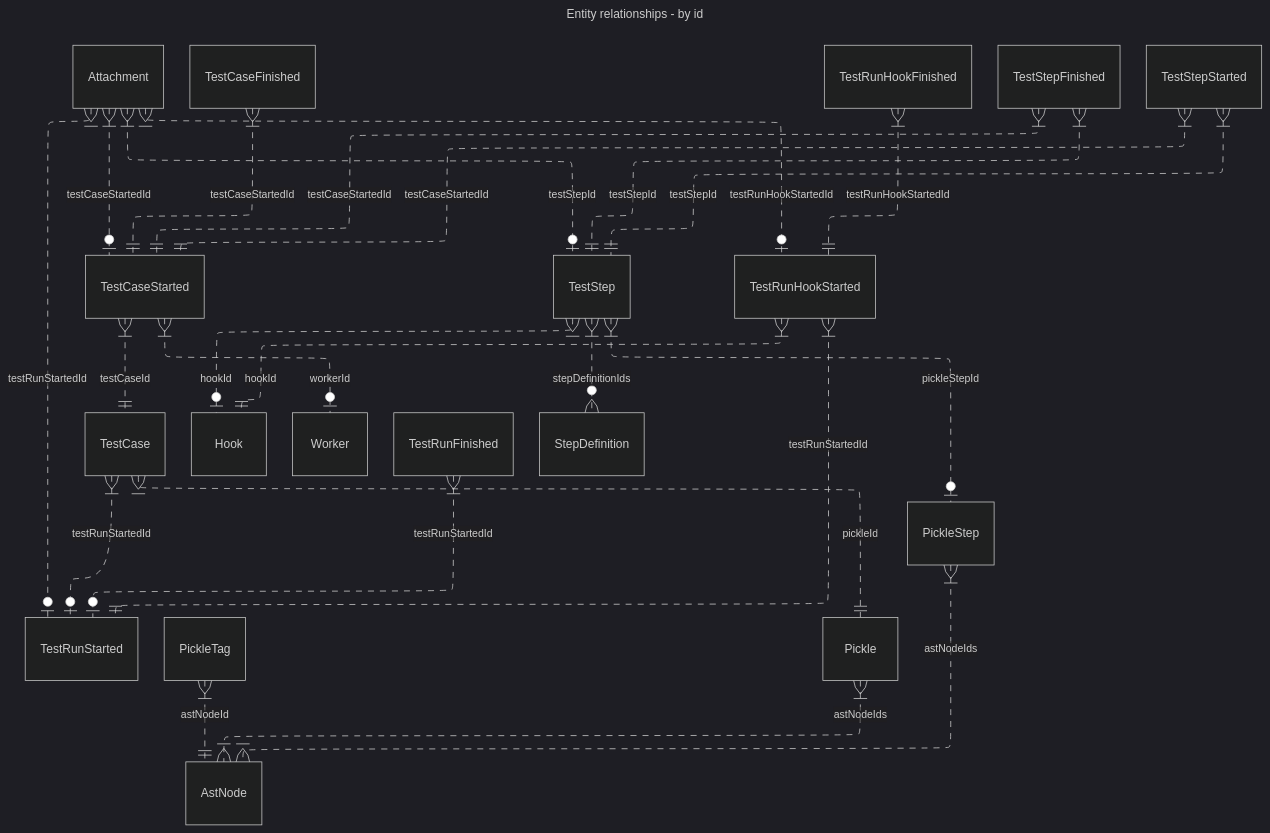
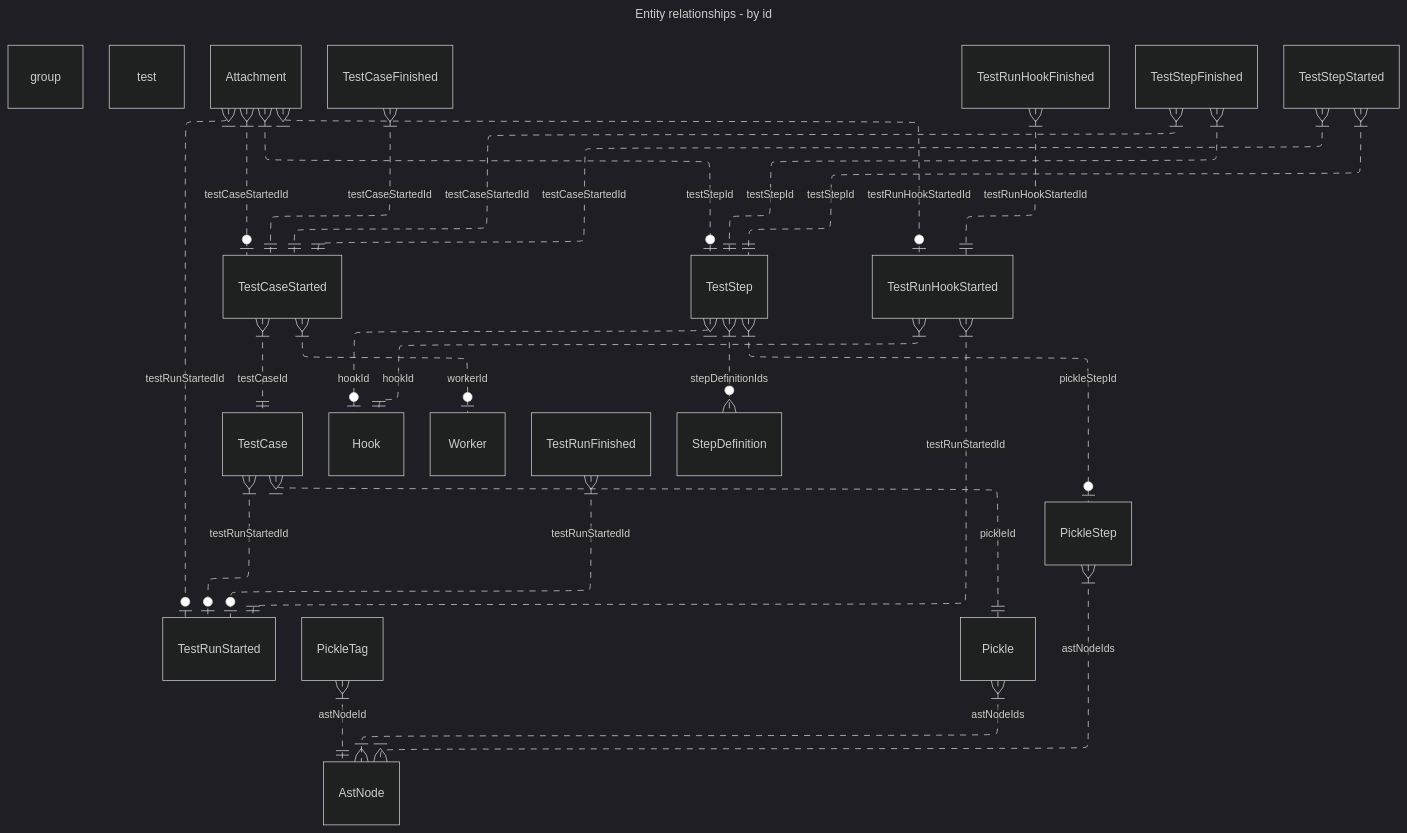
One commit to cucumber/messages changed the first of 2 diagrams in jsonschema/relations.md. Above: the diagram before and after it, drawn with Mermaid (dark theme). The commit also changed 1 other file, not shown here.

Commit message:
Generate entity relationship diagram

````diff
--- a/jsonschema/relations.md
+++ b/jsonschema/relations.md
@@ -7,58 +7,59 @@
 ```mermaid
 ---
 title: Entity relationships  - by id
 config:
     layout: elk
 ---
 erDiagram
+group test
 
 Attachment }|..o|  TestCaseStarted: testCaseStartedId 
 
 Attachment }|..o|  TestStep: testStepId 
 
 Attachment }|..o|  TestRunStarted: testRunStartedId 
 
 Attachment }|..o|  TestRunHookStarted: testRunHookStartedId 
 
 PickleTag }|..||  AstNode: astNodeId 
 
 TestCase }|..||  Pickle: pickleId 
 
 TestCase }|..o|  TestRunStarted: testRunStartedId 
 
 TestStep }|..o|  Hook: hookId 
 
 TestStep }|..o|  PickleStep: pickleStepId 
 
 TestCaseFinished }|..||  TestCaseStarted: testCaseStartedId 
 
 TestCaseStarted }|..||  TestCase: testCaseId 
 
 TestCaseStarted }|..o|  Worker: workerId 
 
 TestRunFinished }|..o|  TestRunStarted: testRunStartedId 
 
 TestRunHookFinished }|..||  TestRunHookStarted: testRunHookStartedId 
 
 TestRunHookStarted }|..||  TestRunStarted: testRunStartedId 
 
 TestRunHookStarted }|..||  Hook: hookId 
 
 TestStepFinished }|..||  TestCaseStarted: testCaseStartedId 
 
 TestStepFinished }|..||  TestStep: testStepId 
 
 TestStepStarted }|..||  TestCaseStarted: testCaseStartedId 
 
 TestStepStarted }|..||  TestStep: testStepId 
 
 
 
 
 Pickle }|..|{  AstNode: astNodeIds 
 
 PickleStep }|..|{  AstNode: astNodeIds 
 
 TestStep }|..o{  StepDefinition: stepDefinitionIds 
 
 ```
````
